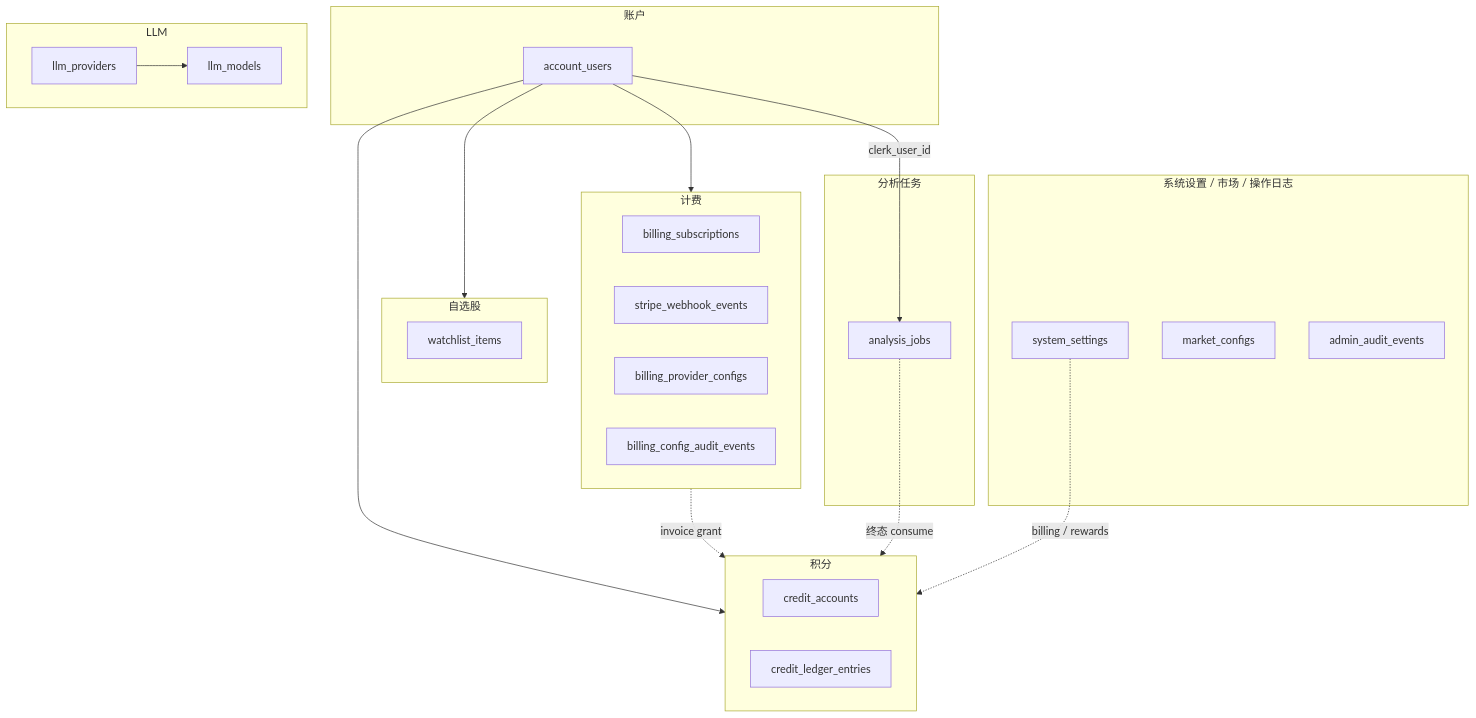
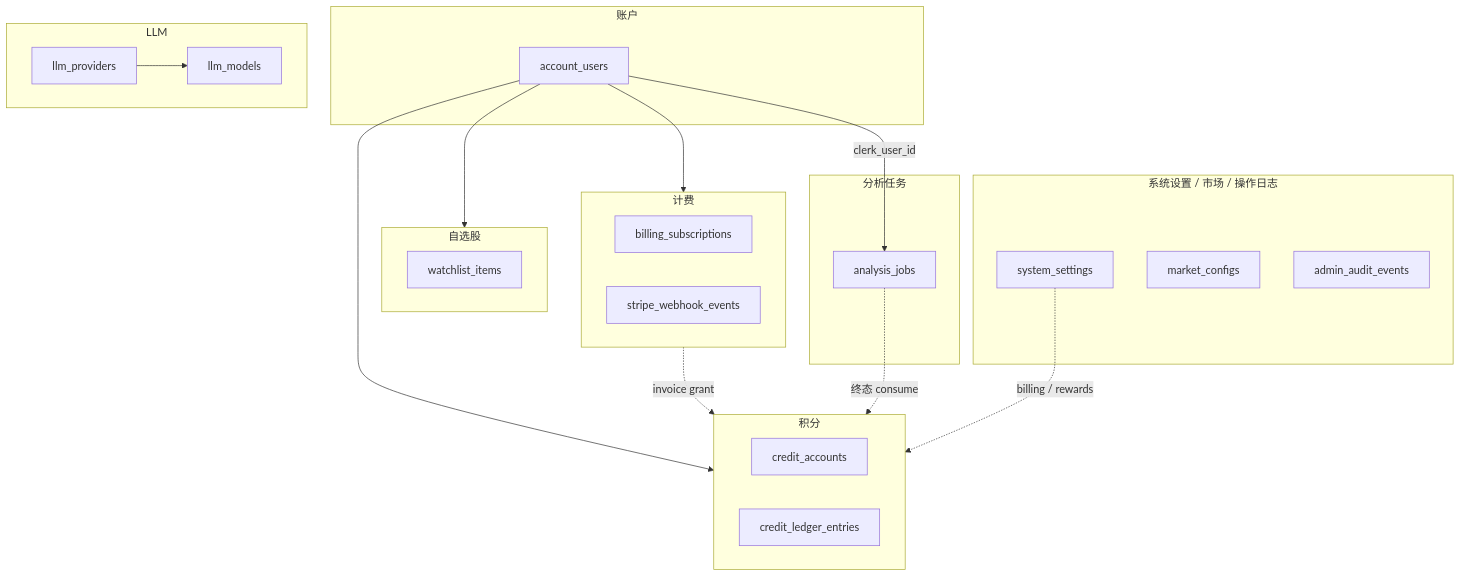
Before and after one commit to hypier/tradingagents-report: the ninth of 9 diagrams in tg-web/docs/DATABASE_DICTIONARY.md, drawn with Mermaid. The commit also changed other lines of this file and 32 other files, not shown here.

First line of the commit message:
refactor(tg-web): remove billing provider configuration and streamline billing management

````diff
--- a/tg-web/docs/DATABASE_DICTIONARY.md
+++ b/tg-web/docs/DATABASE_DICTIONARY.md
@@ -301,46 +286,44 @@
 ```mermaid
 flowchart TB
     subgraph Account["账户"]
         PU[account_users]
     end
 
     subgraph Billing["计费"]
         BS[billing_subscriptions]
         SWE[stripe_webhook_events]
-        BPC[billing_provider_configs]
-        BCA[billing_config_audit_events]
     end
 
     subgraph Credits["积分"]
         CA[credit_accounts]
         CL[credit_ledger_entries]
     end
 
     subgraph Analysis["分析任务"]
         AJ[analysis_jobs]
     end
 
     subgraph LLM["LLM"]
         LP[llm_providers]
         LM[llm_models]
     end
 
     subgraph Watchlist["自选股"]
         WI[watchlist_items]
     end
 
     subgraph Config["系统设置 / 市场 / 操作日志"]
         PS[system_settings]
         MM[market_configs]
         AAE[admin_audit_events]
     end
 
     PU --> Billing
     PU --> Credits
     PU --> Watchlist
     PU -->|clerk_user_id| AJ
     Billing -.->|invoice grant| Credits
     AJ -.->|终态 consume| Credits
     PS -.->|billing / rewards| Credits
     LP --> LM
 ```
````
